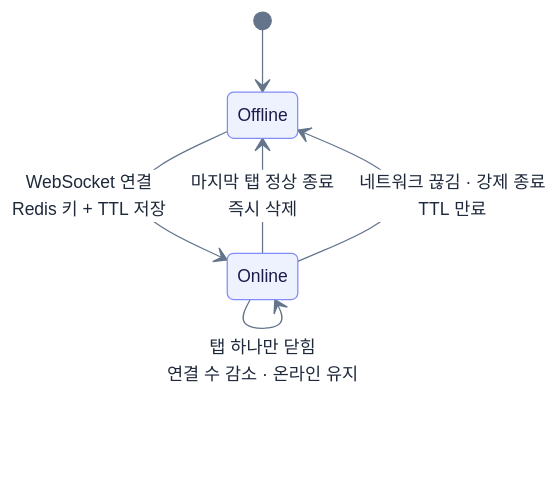
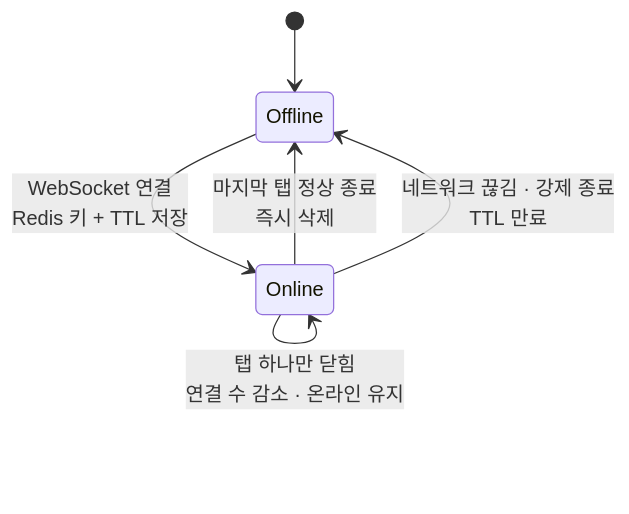
One commit to wjsgusdn12/naverworks_clone_api changed the ninth of 15 diagrams in README.md. Above: the diagram before and after it, drawn with Mermaid. The commit also changed other lines of this file and 26 other files, not shown here.

````diff
--- a/README.md
+++ b/README.md
@@ -734,56 +360,13 @@
 ```mermaid
 ---
 config:
-  theme: base
-  fontFamily: "Pretendard, Malgun Gothic, Apple SD Gothic Neo, Noto Sans KR, sans-serif"
   markdownAutoWrap: false
-  themeVariables:
-    fontSize: 14px
-    primaryColor: "#eef2ff"
-    primaryTextColor: "#1e1b4b"
-    primaryBorderColor: "#818cf8"
-    secondaryColor: "#f0f9ff"
-    secondaryBorderColor: "#7dd3fc"
-    tertiaryColor: "#f8fafc"
-    tertiaryBorderColor: "#cbd5e1"
-    lineColor: "#64748b"
-    textColor: "#1e293b"
-    clusterBkg: "#f8fafc"
-    clusterBorder: "#cbd5e1"
-    edgeLabelBackground: "#ffffff"
-    nodeBorder: "#818cf8"
-    mainBkg: "#eef2ff"
-    actorBkg: "#eef2ff"
-    actorBorder: "#818cf8"
-    actorTextColor: "#1e1b4b"
-    actorLineColor: "#cbd5e1"
-    signalColor: "#334155"
-    signalTextColor: "#334155"
-    labelBoxBkgColor: "#f1f5f9"
-    labelBoxBorderColor: "#cbd5e1"
-    noteBkgColor: "#fef3c7"
-    noteBorderColor: "#fbbf24"
-    noteTextColor: "#78350f"
-    activationBkgColor: "#e0e7ff"
-    activationBorderColor: "#818cf8"
-    cScale0: "#6366f1"
-    cScale1: "#0ea5e9"
-    cScale2: "#10b981"
-    cScale3: "#f59e0b"
-    cScale4: "#ec4899"
-    cScaleLabel0: "#ffffff"
-    cScaleLabel1: "#ffffff"
-    cScaleLabel2: "#ffffff"
-    cScaleLabel3: "#ffffff"
-    cScaleLabel4: "#ffffff"
-    attributeBackgroundColorEven: "#f8fafc"
-    attributeBackgroundColorOdd: "#ffffff"
 ---
 stateDiagram-v2
     [*] --> Offline
     Offline --> Online : WebSocket 연결<br/>Redis 키 + TTL 저장
     Online --> Online : Heartbeat로 TTL 갱신<br/>탭이 늘면 연결 수만 증가
     Online --> Offline : 마지막 탭 정상 종료<br/>즉시 삭제
     Online --> Offline : 네트워크 끊김 · 강제 종료<br/>TTL 만료
     Online --> Online : 탭 하나만 닫힘<br/>연결 수 감소 · 온라인 유지
 ```
````
